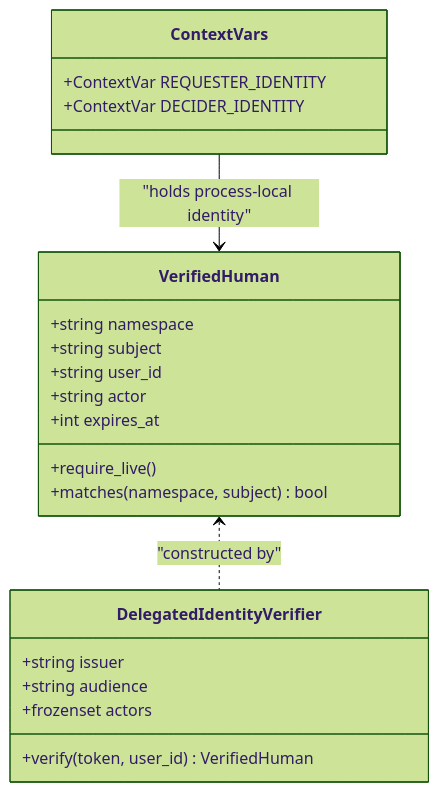
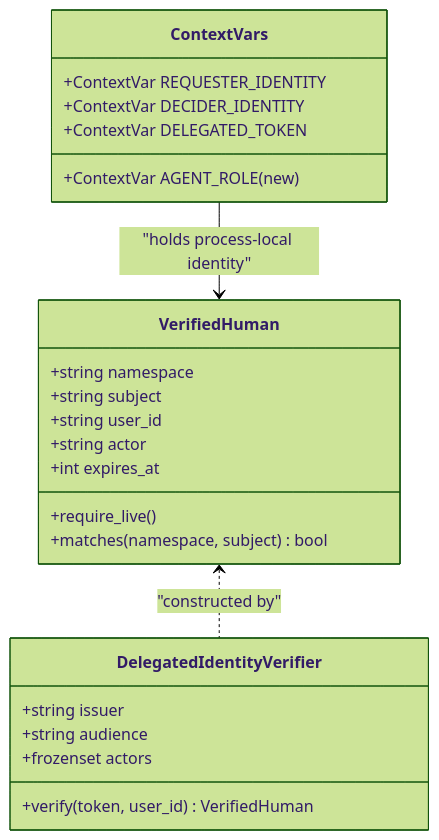
The fifth of 7 diagrams in .qoder/repowiki/en/content/Shared Contracts/SPEC-073_ Role-Scoped Agent Identity and Authority.md (metasync/luban-aiops), drawn with Mermaid (forest theme) before and after one commit. The commit also changed other lines of this file and 22 other files, not shown here.

````diff
--- a/.qoder/repowiki/en/content/Shared Contracts/SPEC-073_ Role-Scoped Agent Identity and Authority.md
+++ b/.qoder/repowiki/en/content/Shared Contracts/SPEC-073_ Role-Scoped Agent Identity and Authority.md
@@ -161,24 +228,26 @@
 ```mermaid
 classDiagram
 class VerifiedHuman {
 +string namespace
 +string subject
 +string user_id
 +string actor
 +int expires_at
 +require_live()
 +matches(namespace, subject) bool
 }
 class DelegatedIdentityVerifier {
 +string issuer
 +string audience
 +frozenset actors
 +verify(token, user_id) VerifiedHuman
 }
 class ContextVars {
 +ContextVar REQUESTER_IDENTITY
 +ContextVar DECIDER_IDENTITY
++ContextVar DELEGATED_TOKEN
++ContextVar AGENT_ROLE (new)
 }
 VerifiedHuman <.. DelegatedIdentityVerifier : "constructed by"
 ContextVars --> VerifiedHuman : "holds process-local identity"
 ```
````
